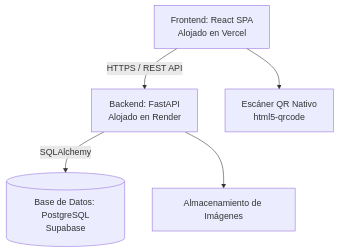
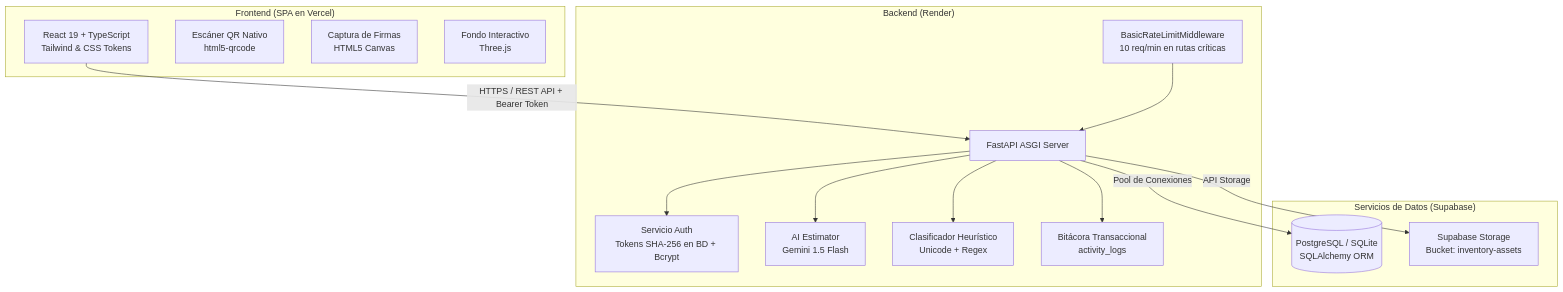
The diagram in docs/tecnica/arquitectura.md (developerelitenova-cell/sistema-inventario), drawn with Mermaid before and after one commit. The commit also changed other lines of this file and 43 other files, not shown here.

````diff
--- a/docs/tecnica/arquitectura.md
+++ b/docs/tecnica/arquitectura.md
@@ -15,7 +20,32 @@
 ```mermaid
 graph TD
-    UI[Frontend: React SPA\nAlojado en Vercel] -->|HTTPS / REST API| API[Backend: FastAPI\nAlojado en Render]
-    API -->|SQLAlchemy| DB[(Base de Datos: PostgreSQL\nSupabase)]
-    UI --> QR[Escáner QR Nativo\nhtml5-qrcode]
-    API --> S3[Almacenamiento de Imágenes]
+    subgraph Cliente ["Frontend (SPA en Vercel)"]
+        UI[React 19 + TypeScript\nTailwind & CSS Tokens]
+        QRScanner[Escáner QR Nativo\nhtml5-qrcode]
+        CanvasSig[Captura de Firmas\nHTML5 Canvas]
+        ThreeBG[Fondo Interactivo\nThree.js]
+    end
+
+    subgraph BackendApp ["Backend (Render)"]
+        API[FastAPI ASGI Server]
+        RateLimit[BasicRateLimitMiddleware\n10 req/min en rutas críticas]
+        AuthSvc[Servicio Auth\nTokens SHA-256 en BD + Bcrypt]
+        AISvc[AI Estimator\nGemini 1.5 Flash]
+        ClassSvc[Clasificador Heurístico\nUnicode + Regex]
+        AuditSvc[Bitácora Transaccional\nactivity_logs]
+    end
+
+    subgraph Persistencia ["Servicios de Datos (Supabase)"]
+        DB[(PostgreSQL / SQLite\nSQLAlchemy ORM)]
+        Storage[Supabase Storage\nBucket: inventory-assets]
+    end
+
+    UI -->|HTTPS / REST API + Bearer Token| API
+    RateLimit --> API
+    API --> AuthSvc
+    API --> AISvc
+    API --> ClassSvc
+    API --> AuditSvc
+    API -->|Pool de Conexiones| DB
+    API -->|API Storage| Storage
 ```
````
